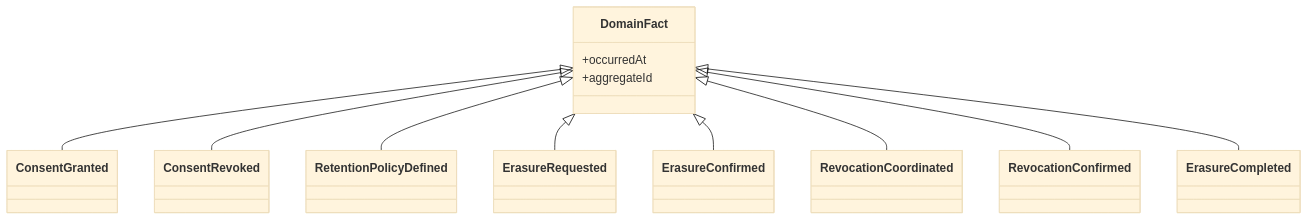
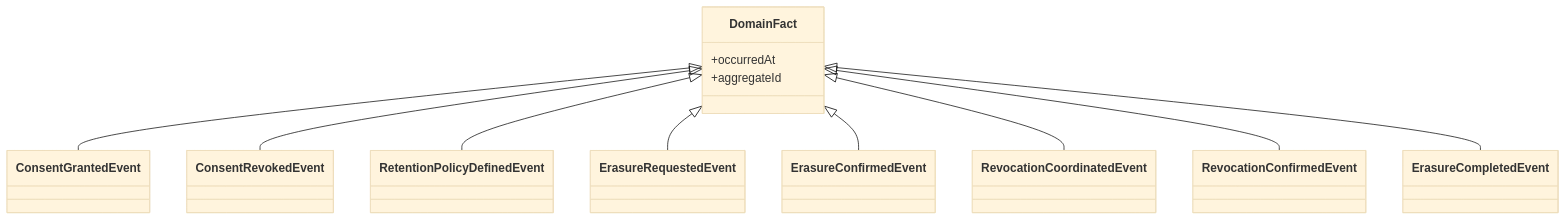
Before and after one commit to Morocoders-Arq-9056/votochain-api-backend: the fourth of 4 diagrams in docs/Bounded Contexts/consent-compliance/domain-model.md, drawn with Mermaid (base theme). The commit also changed other lines of this file and 20 other files, not shown here.

````diff
--- a/docs/Bounded Contexts/consent-compliance/domain-model.md
+++ b/docs/Bounded Contexts/consent-compliance/domain-model.md
@@ -319,15 +319,15 @@
 ```mermaid
 classDiagram
     class DomainFact {
         +occurredAt
         +aggregateId
     }
-    DomainFact <|-- ConsentGranted
-    DomainFact <|-- ConsentRevoked
-    DomainFact <|-- RetentionPolicyDefined
-    DomainFact <|-- ErasureRequested
-    DomainFact <|-- ErasureConfirmed
-    DomainFact <|-- RevocationCoordinated
-    DomainFact <|-- RevocationConfirmed
-    DomainFact <|-- ErasureCompleted
+    DomainFact <|-- ConsentGrantedEvent
+    DomainFact <|-- ConsentRevokedEvent
+    DomainFact <|-- RetentionPolicyDefinedEvent
+    DomainFact <|-- ErasureRequestedEvent
+    DomainFact <|-- ErasureConfirmedEvent
+    DomainFact <|-- RevocationCoordinatedEvent
+    DomainFact <|-- RevocationConfirmedEvent
+    DomainFact <|-- ErasureCompletedEvent
 ```
````
